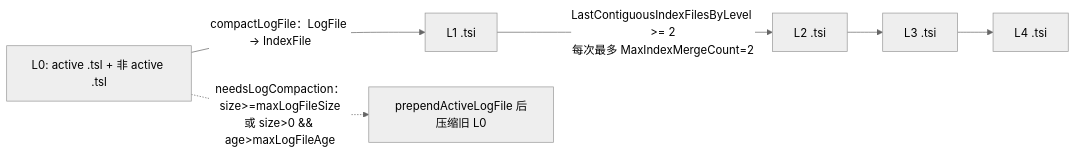
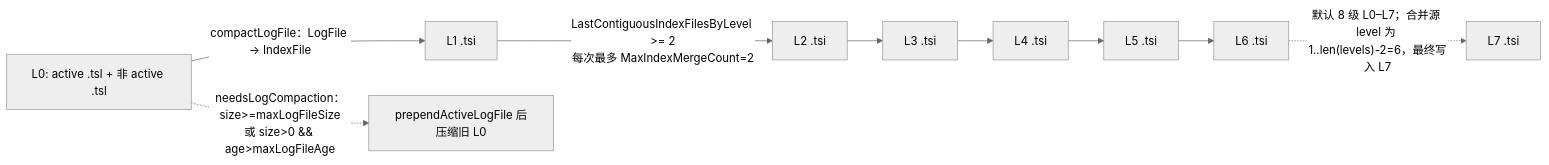
The fifth of 6 diagrams in docs/specs/v1.8.10-vs-v1.12.3/02_index_series_diff.md (stefanv5/influxdb), drawn with Mermaid (neutral theme) before and after one commit. The commit also changed other lines of this file and 16 other files, not shown here.

````diff
--- a/docs/specs/v1.8.10-vs-v1.12.3/02_index_series_diff.md
+++ b/docs/specs/v1.8.10-vs-v1.12.3/02_index_series_diff.md
@@ -408,8 +410,11 @@
 ```mermaid
 flowchart LR
     L0["L0: active .tsl + 非 active .tsl"] -->|"compactLogFile：LogFile → IndexFile"| L1["L1 .tsi"]
     L1 -->|"LastContiguousIndexFilesByLevel >= 2<br/>每次最多 MaxIndexMergeCount=2"| L2["L2 .tsi"]
     L2 --> L3["L3 .tsi"]
     L3 --> L4["L4 .tsi"]
+    L4 --> L5["L5 .tsi"]
+    L5 --> L6["L6 .tsi"]
+    L6 -.->|"默认 8 级 L0–L7；合并源 level 为 1..len(levels)-2=6，最终写入 L7"| L7["L7 .tsi"]
     L0 -.->|"needsLogCompaction：size>=maxLogFileSize<br/>或 size>0 && age>maxLogFileAge"| R["prependActiveLogFile 后压缩旧 L0"]
 ```
````
